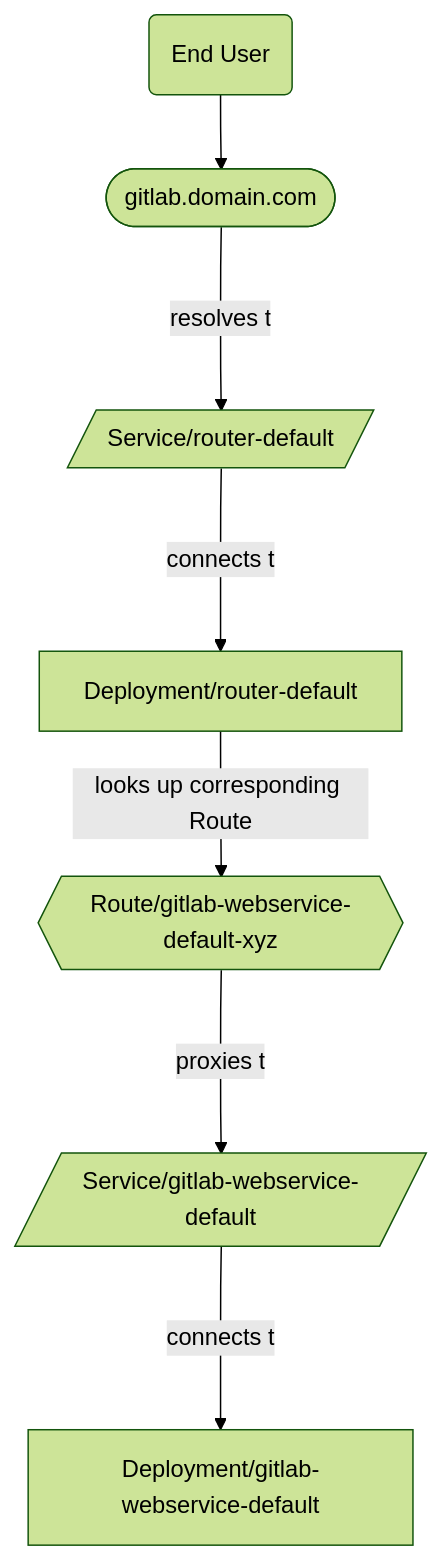
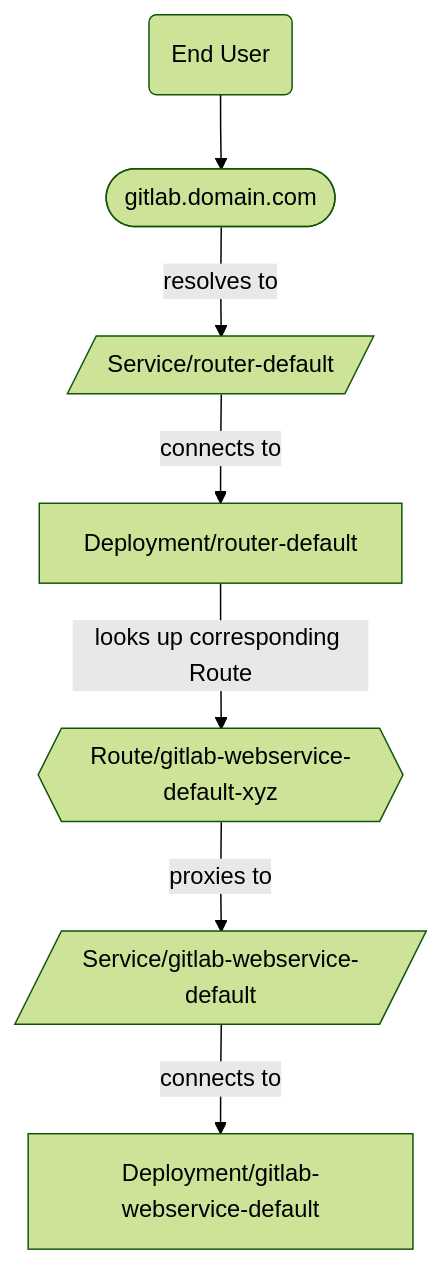
One commit to macosx-fromsource/intellij-community changed the second of 2 diagrams in doc/openshift_ingress.md. Above: the diagram before and after it, drawn with Mermaid (forest theme). The commit also changed other lines of this file, not shown here.

Commit message:
Docs: fix missing letters in charts
Fix mermaid formatting within docs, address missing
letters during render.

````diff
--- a/doc/openshift_ingress.md
+++ b/doc/openshift_ingress.md
@@ -140,9 +140,9 @@
 ```mermaid
 graph TD
     U(End User) --> GTLB([gitlab.domain.com])
-    GTLB --resolves to--> SRV_R[/Service/router-default/]
-    SRV_R --connects to--> DPL_R[Deployment/router-default]
+    GTLB -- resolves to --> SRV_R[/Service/router-default/]
+    SRV_R -- connects to --> DPL_R[Deployment/router-default]
     DPL_R -- looks up corresponding Route --> RT{{Route/gitlab-webservice-default-xyz}}
-    RT --proxies to--> SRV_W[/Service/gitlab-webservice-default/]
-    SRV_W --connects to--> DPL_W[Deployment/gitlab-webservice-default]
+    RT -- proxies to --> SRV_W[/Service/gitlab-webservice-default/]
+    SRV_W -- connects to --> DPL_W[Deployment/gitlab-webservice-default]
 ```
````
